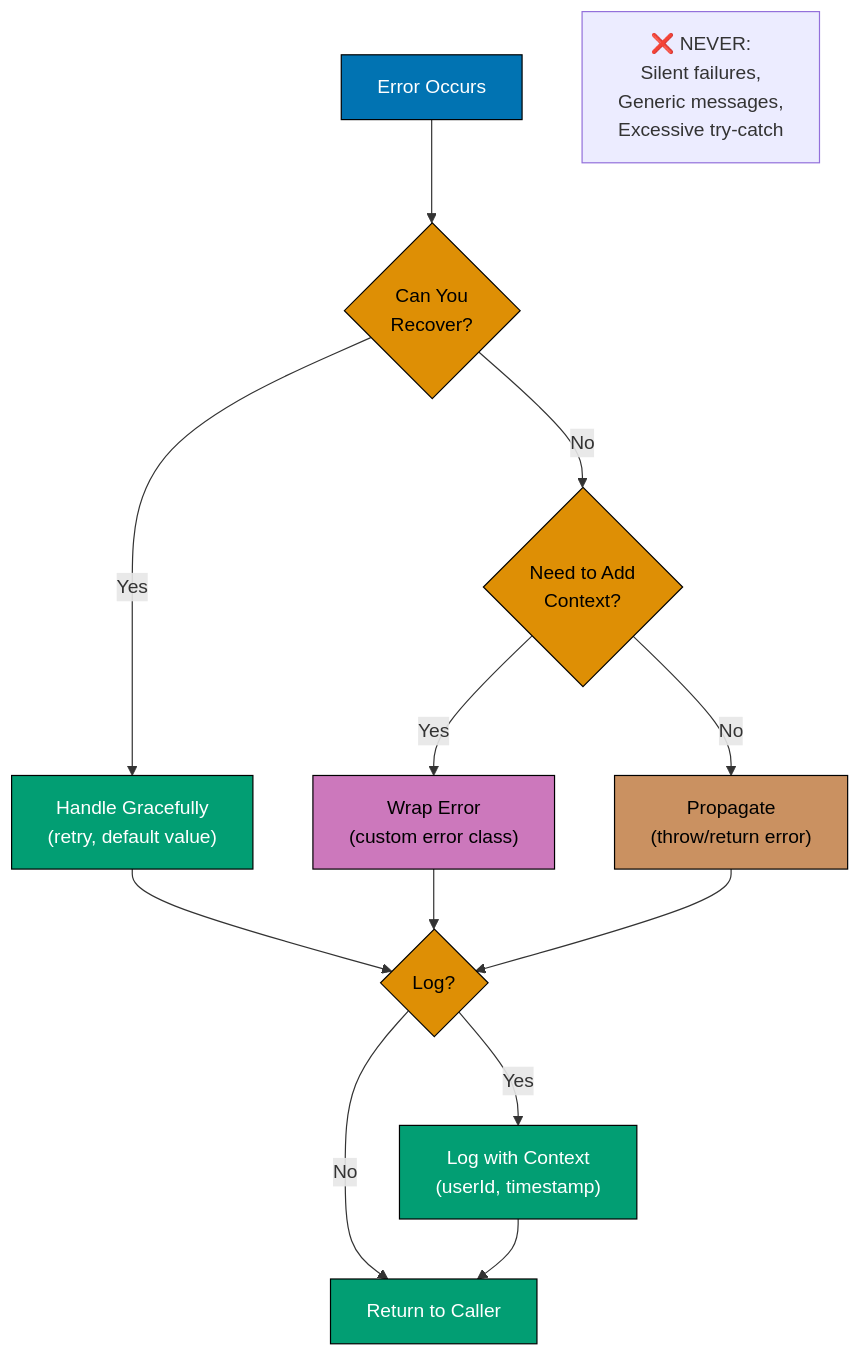
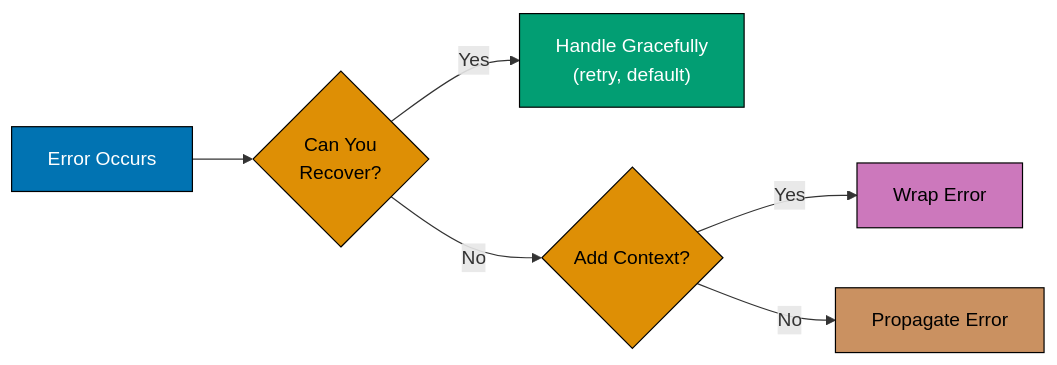
The fourth of 7 diagrams in docs/explanation/software-engineering/programming-languages/typescript/anti-patterns.md (wahidyankf/ose-primer), drawn with Mermaid before and after one commit. The commit also changed other lines of this file and 16 other files, not shown here.

Commit message:
fix(docs): fix mermaid violations in typescript/ docs (batch 1/10)

````diff
--- a/docs/explanation/software-engineering/programming-languages/typescript/anti-patterns.md
+++ b/docs/explanation/software-engineering/programming-languages/typescript/anti-patterns.md
@@ -965,30 +965,19 @@
 ```mermaid
 %% Color Palette: Blue #0173B2, Orange #DE8F05, Teal #029E73, Purple #CC78BC, Brown #CA9161
 %% All colors are color-blind friendly and meet WCAG AA contrast standards
 
-graph TD
+graph LR
     A["Error Occurs"]:::blue --> B{"Can You<br/>Recover?"}:::orange
 
-    B -->|"Yes"| C["Handle Gracefully<br/>(retry, default value)"]:::teal
-    B -->|"No"| D{"Need to Add<br/>Context?"}:::orange
+    B -->|"Yes"| C["Handle Gracefully<br/>(retry, default)"]:::teal
+    B -->|"No"| D{"Add Context?"}:::orange
 
-    D -->|"Yes"| E["Wrap Error<br/>(custom error class)"]:::purple
-    D -->|"No"| F["Propagate<br/>(throw/return error)"]:::brown
-
-    C --> G{"Log?"}:::orange
-    E --> G
-    F --> G
-
-    G -->|"Yes"| H["Log with Context<br/>(userId, timestamp)"]:::teal
-    G -->|"No"| I["Return to Caller"]:::teal
-
-    H --> I
-
-    Note["❌ NEVER:<br/>Silent failures,<br/>Generic messages,<br/>Excessive try-catch"]
+    D -->|"Yes"| E["Wrap Error"]:::purple
+    D -->|"No"| F["Propagate Error"]:::brown
 
     classDef blue fill:#0173B2,stroke:#000,color:#fff
     classDef orange fill:#DE8F05,stroke:#000,color:#000
     classDef teal fill:#029E73,stroke:#000,color:#fff
     classDef purple fill:#CC78BC,stroke:#000,color:#000
     classDef brown fill:#CA9161,stroke:#000,color:#000
 ```
````
